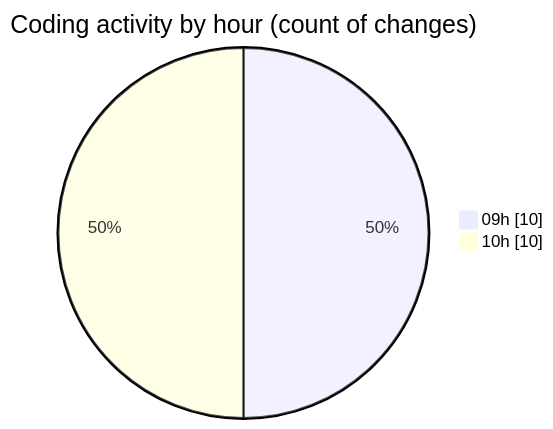
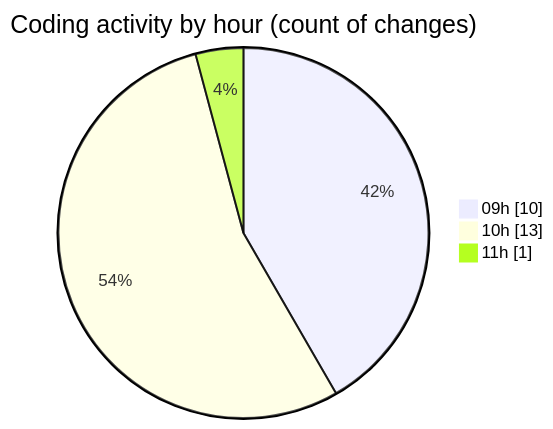
One commit to momahboobian/code-tracking changed the second of 2 diagrams in 2025-03-07/cda/README.md. Above: the diagram before and after it, drawn with Mermaid. The commit also changed other lines of this file and 1 other file, not shown here.

````diff
--- a/2025-03-07/cda/README.md
+++ b/2025-03-07/cda/README.md
@@ -33,6 +35,7 @@
 ```mermaid
 pie showData
 title Coding activity by hour (count of changes)
 "09h" : 10
-"10h" : 10
+"10h" : 13
+"11h" : 1
 ```
````
